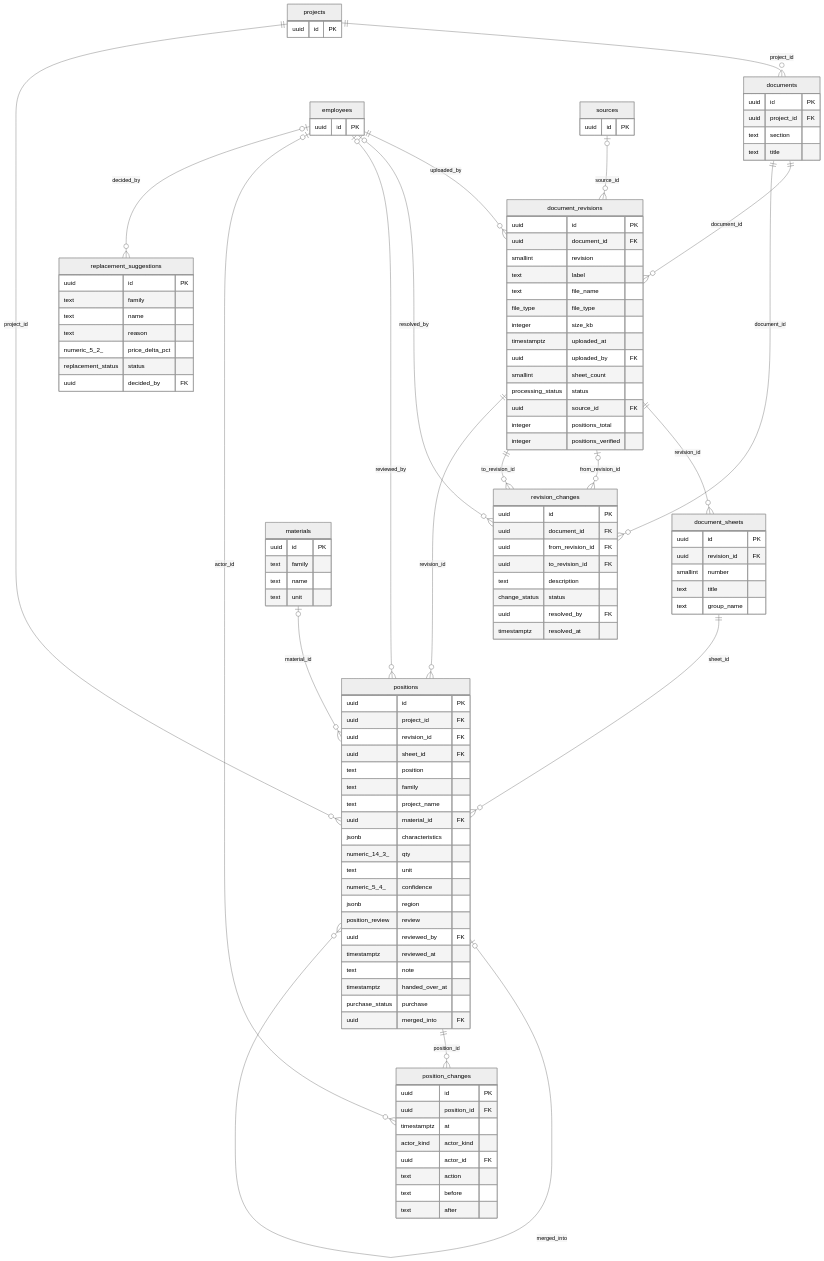
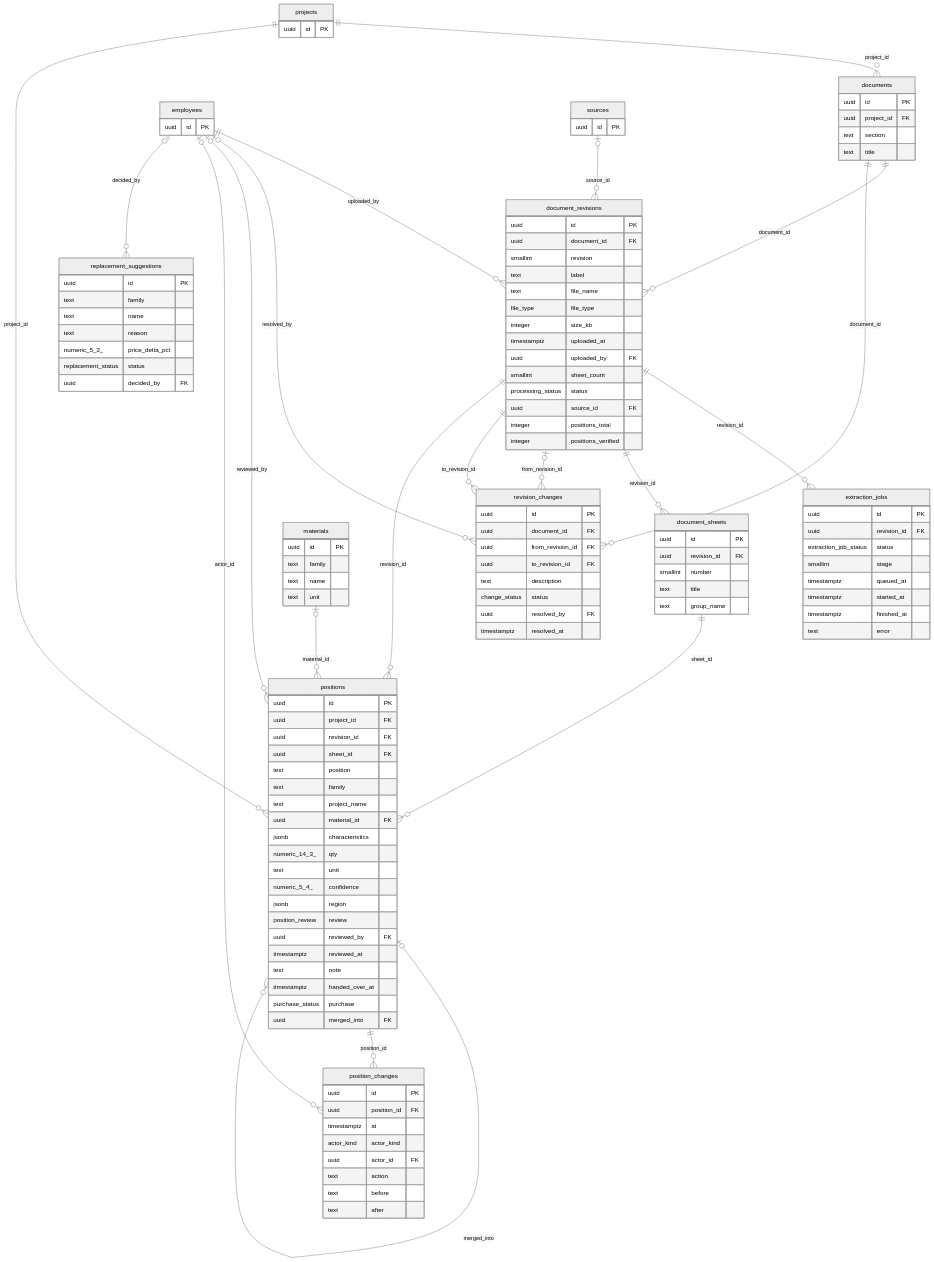
One commit to Neeklo1606/facade-ai-flow changed the third of 5 diagrams in docs/db/schema.md. Above: the diagram before and after it, drawn with Mermaid (neutral theme). The commit also changed other lines of this file and 16 other files, not shown here.

```diff
--- a/docs/db/schema.md
+++ b/docs/db/schema.md
@@ -401,6 +402,7 @@
   documents ||--o{ document_revisions : document_id
   employees ||--o{ document_revisions : uploaded_by
   sources |o--o{ document_revisions : source_id
+  document_revisions ||--o{ extraction_jobs : revision_id
   document_revisions ||--o{ document_sheets : revision_id
   documents ||--o{ revision_changes : document_id
   document_revisions |o--o{ revision_changes : from_revision_id
@@ -436,6 +438,16 @@
     uuid source_id FK
     integer positions_total
     integer positions_verified
+  }
+  extraction_jobs {
+    uuid id PK
+    uuid revision_id FK
+    extraction_job_status status
+    smallint stage
+    timestamptz queued_at
+    timestamptz started_at
+    timestamptz finished_at
+    text error
   }
   document_sheets {
     uuid id PK
```
